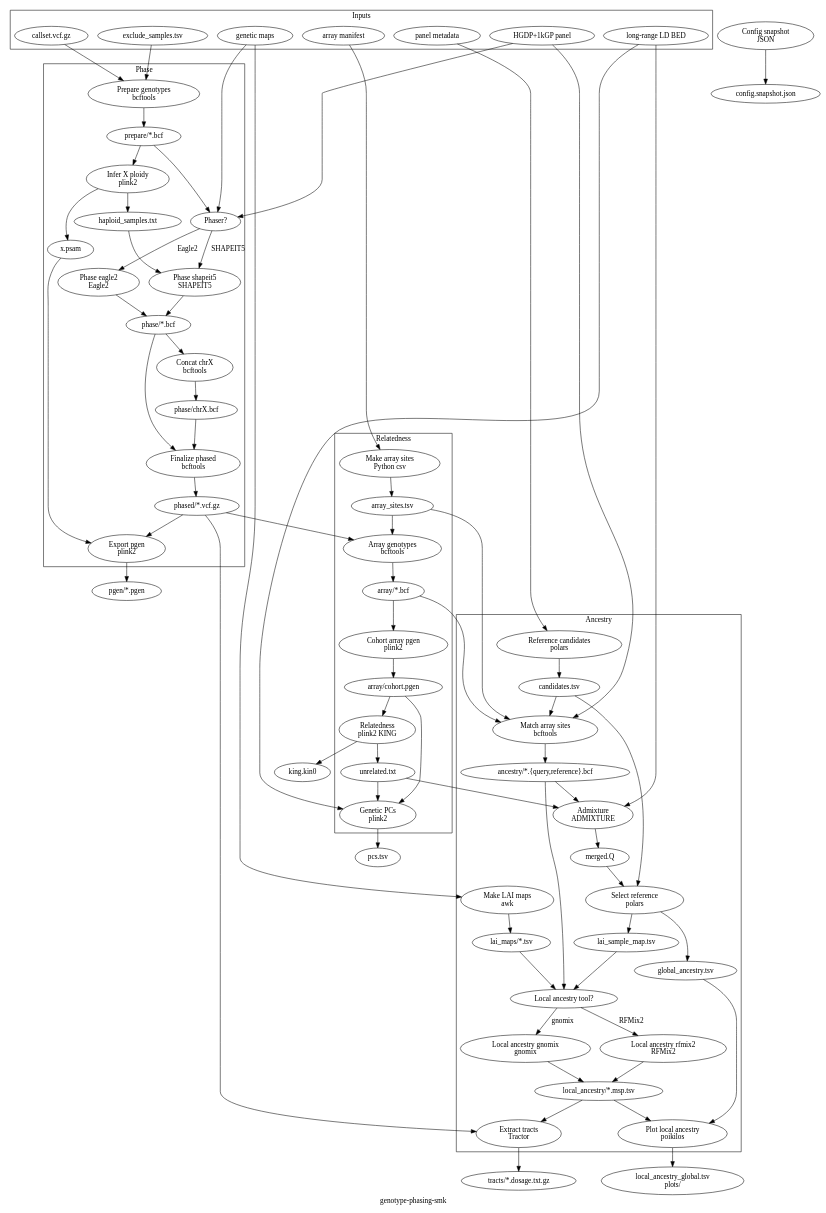
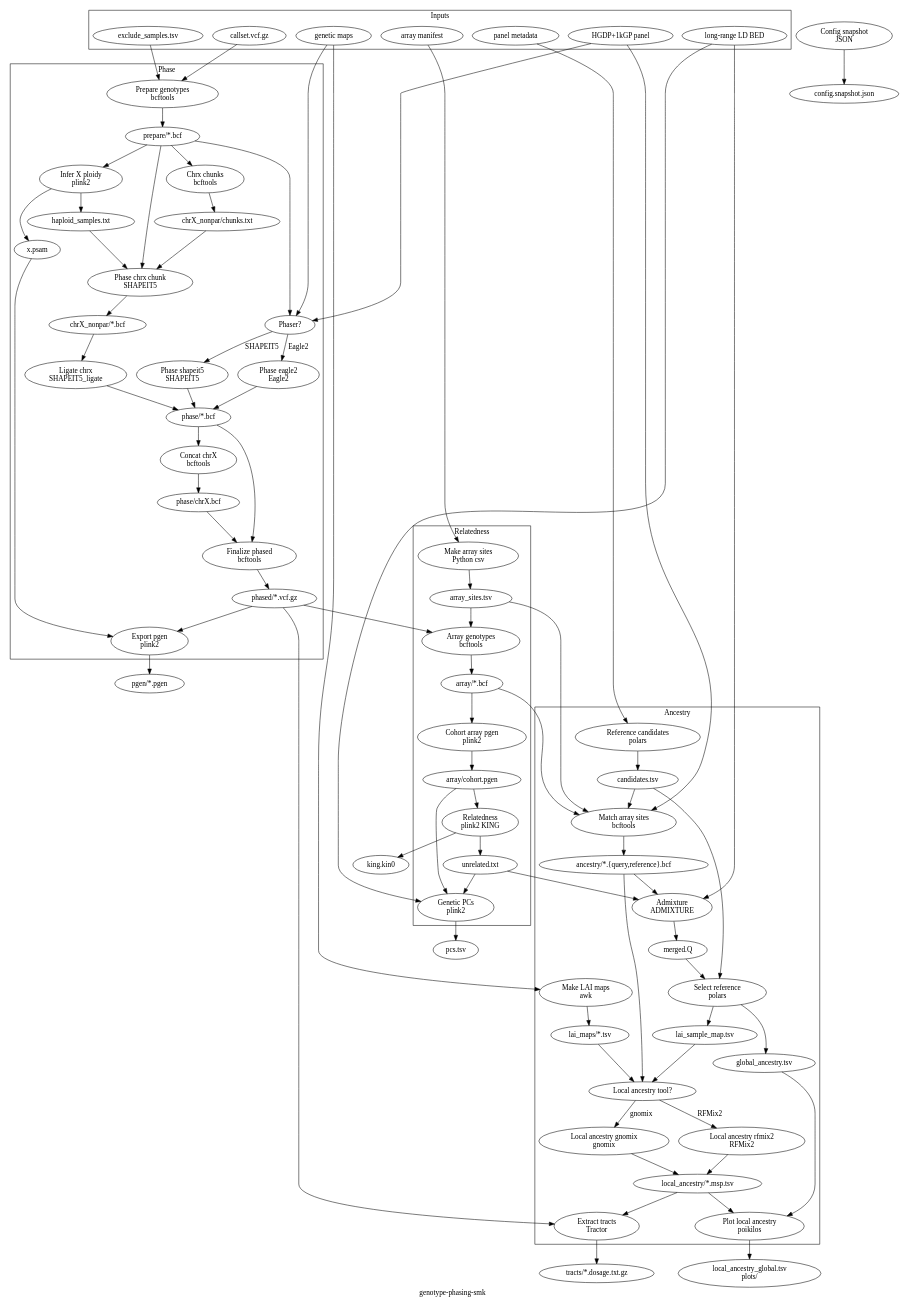
The diagram in docs/workflow.gv (ramirc0/genotype-phasing-smk), drawn with Graphviz before and after one commit. The commit also changed 12 other files, not shown here.

Commit message:
Phase the chrX non-PAR in ligated SHAPEIT5 chunks

```diff
--- a/docs/workflow.gv
+++ b/docs/workflow.gv
@@ -1,144 +1,155 @@
 // genotype-phasing-smk rule graph. Structure only; the style adds every visual.
 // Render: just -f ~/.claude/skills/graphviz-dot-theme/justfile render workflow.gv snakemake {TB,LR} {png,svg} files
 digraph workflow {
   label = "genotype-phasing-smk"
 
   subgraph cluster_inputs {
     label = "Inputs"
     callset  [class = data, label = "callset.vcf.gz"]
     exclude  [class = data, label = "exclude_samples.tsv"]
     panel    [class = data, label = "HGDP+1kGP panel"]
     maps     [class = data, label = "genetic maps"]
     manifest [class = data, label = "array manifest"]
     ld       [class = data, label = "long-range LD BED"]
     metadata [class = data, label = "panel metadata"]
   }
 
   subgraph cluster_phase {
     label = "Phase"
     prepare_genotypes [class = step, label = "Prepare genotypes\nbcftools"]
     infer_x_ploidy    [class = step, label = "Infer X ploidy\nplink2"]
     which_phaser      [class = decision, label = "Phaser?"]
     phase_shapeit5    [class = step, label = "Phase shapeit5\nSHAPEIT5"]
     phase_eagle2      [class = step, label = "Phase eagle2\nEagle2"]
+    chrx_chunks       [class = step, label = "Chrx chunks\nbcftools"]
+    phase_chrx_chunk  [class = step, label = "Phase chrx chunk\nSHAPEIT5"]
+    ligate_chrx       [class = step, label = "Ligate chrx\nSHAPEIT5_ligate"]
+    chunk_spans       [class = data, label = "chrX_nonpar/chunks.txt"]
+    chunk_bcf         [class = data, label = "chrX_nonpar/*.bcf"]
     concat_chrx       [class = step, label = "Concat chrX\nbcftools"]
     finalize_phased   [class = step, label = "Finalize phased\nbcftools"]
     export_pgen       [class = step, label = "Export pgen\nplink2"]
     prepared          [class = data, label = "prepare/*.bcf"]
     haploids          [class = data, label = "haploid_samples.txt"]
     x_psam            [class = data, label = "x.psam"]
     phased_regions    [class = data, label = "phase/*.bcf"]
     phased_chrx       [class = data, label = "phase/chrX.bcf"]
     phased            [class = data, label = "phased/*.vcf.gz"]
   }
 
   subgraph cluster_relatedness {
     label = "Relatedness"
     make_array_sites  [class = step, label = "Make array sites\nPython csv"]
     array_genotypes   [class = step, label = "Array genotypes\nbcftools"]
     cohort_array_pgen [class = step, label = "Cohort array pgen\nplink2"]
     relatedness       [class = step, label = "Relatedness\nplink2 KING"]
     genetic_pcs       [class = step, label = "Genetic PCs\nplink2"]
     array_sites       [class = data, label = "array_sites.tsv"]
     array_bcf         [class = data, label = "array/*.bcf"]
     cohort_pgen       [class = data, label = "array/cohort.pgen"]
     unrelated         [class = data, label = "unrelated.txt"]
   }
 
   subgraph cluster_ancestry {
     label = "Ancestry"
     reference_candidates  [class = step, label = "Reference candidates\npolars"]
     match_array_sites     [class = step, label = "Match array sites\nbcftools"]
     make_lai_maps         [class = step, label = "Make LAI maps\nawk"]
     admixture             [class = step, label = "Admixture\nADMIXTURE"]
     select_reference      [class = step, label = "Select reference\npolars"]
     which_tool            [class = decision, label = "Local ancestry tool?"]
     local_ancestry_rfmix2 [class = step, label = "Local ancestry rfmix2\nRFMix2"]
     local_ancestry_gnomix [class = step, label = "Local ancestry gnomix\ngnomix"]
     extract_tracts        [class = step, label = "Extract tracts\nTractor"]
     plot_local_ancestry   [class = step, label = "Plot local ancestry\npoikilos"]
     candidates            [class = data, label = "candidates.tsv"]
     matched               [class = data, label = "ancestry/*.{query,reference}.bcf"]
     lai_maps              [class = data, label = "lai_maps/*.tsv"]
     admixture_q           [class = data, label = "merged.Q"]
     sample_map            [class = data, label = "lai_sample_map.tsv"]
     global_ancestry       [class = data, label = "global_ancestry.tsv"]
     msp                   [class = data, label = "local_ancestry/*.msp.tsv"]
   }
 
   config_snapshot [class = step, label = "Config snapshot\nJSON"]
 
   snapshot_json [class = result, label = "config.snapshot.json"]
   pgen          [class = result, label = "pgen/*.pgen"]
   kin0          [class = result, label = "king.kin0"]
   pcs           [class = result, label = "pcs.tsv"]
   tracts        [class = result, label = "tracts/*.dosage.txt.gz"]
   lai_global    [class = result, label = "local_ancestry_global.tsv\nplots/"]
 
   config_snapshot -> snapshot_json
 
   callset -> prepare_genotypes
   exclude -> prepare_genotypes
   prepare_genotypes -> prepared
   prepared -> infer_x_ploidy
   infer_x_ploidy -> haploids
   infer_x_ploidy -> x_psam
   prepared -> which_phaser
   which_phaser -> phase_shapeit5 [label = "SHAPEIT5"]
   which_phaser -> phase_eagle2 [label = "Eagle2"]
-  haploids -> phase_shapeit5
+  prepared -> chrx_chunks -> chunk_spans
+  chunk_spans -> phase_chrx_chunk
+  prepared -> phase_chrx_chunk
+  haploids -> phase_chrx_chunk
+  phase_chrx_chunk -> chunk_bcf
+  chunk_bcf -> ligate_chrx
+  ligate_chrx -> phased_regions
   panel -> which_phaser
   maps -> which_phaser
   phase_shapeit5 -> phased_regions
   phase_eagle2 -> phased_regions
   phased_regions -> concat_chrx
   concat_chrx -> phased_chrx
   phased_chrx -> finalize_phased
   phased_regions -> finalize_phased
   finalize_phased -> phased
   phased -> export_pgen
   x_psam -> export_pgen
   export_pgen -> pgen
 
   manifest -> make_array_sites -> array_sites
   phased -> array_genotypes
   array_sites -> array_genotypes
   array_genotypes -> array_bcf
   array_bcf -> cohort_array_pgen -> cohort_pgen
   cohort_pgen -> relatedness
   relatedness -> kin0
   relatedness -> unrelated
   cohort_pgen -> genetic_pcs
   unrelated -> genetic_pcs
   ld -> genetic_pcs
   genetic_pcs -> pcs
 
   metadata -> reference_candidates -> candidates
   array_bcf -> match_array_sites
   array_sites -> match_array_sites
   candidates -> match_array_sites
   panel -> match_array_sites
   match_array_sites -> matched
   maps -> make_lai_maps -> lai_maps
   matched -> admixture
   unrelated -> admixture
   ld -> admixture
   admixture -> admixture_q
   admixture_q -> select_reference
   candidates -> select_reference
   select_reference -> sample_map
   select_reference -> global_ancestry
   matched -> which_tool
   sample_map -> which_tool
   lai_maps -> which_tool
   which_tool -> local_ancestry_rfmix2 [label = "RFMix2"]
   which_tool -> local_ancestry_gnomix [label = "gnomix"]
   local_ancestry_rfmix2 -> msp
   local_ancestry_gnomix -> msp
   phased -> extract_tracts
   msp -> extract_tracts
   extract_tracts -> tracts
   msp -> plot_local_ancestry
   global_ancestry -> plot_local_ancestry
   plot_local_ancestry -> lai_global
 }
```
